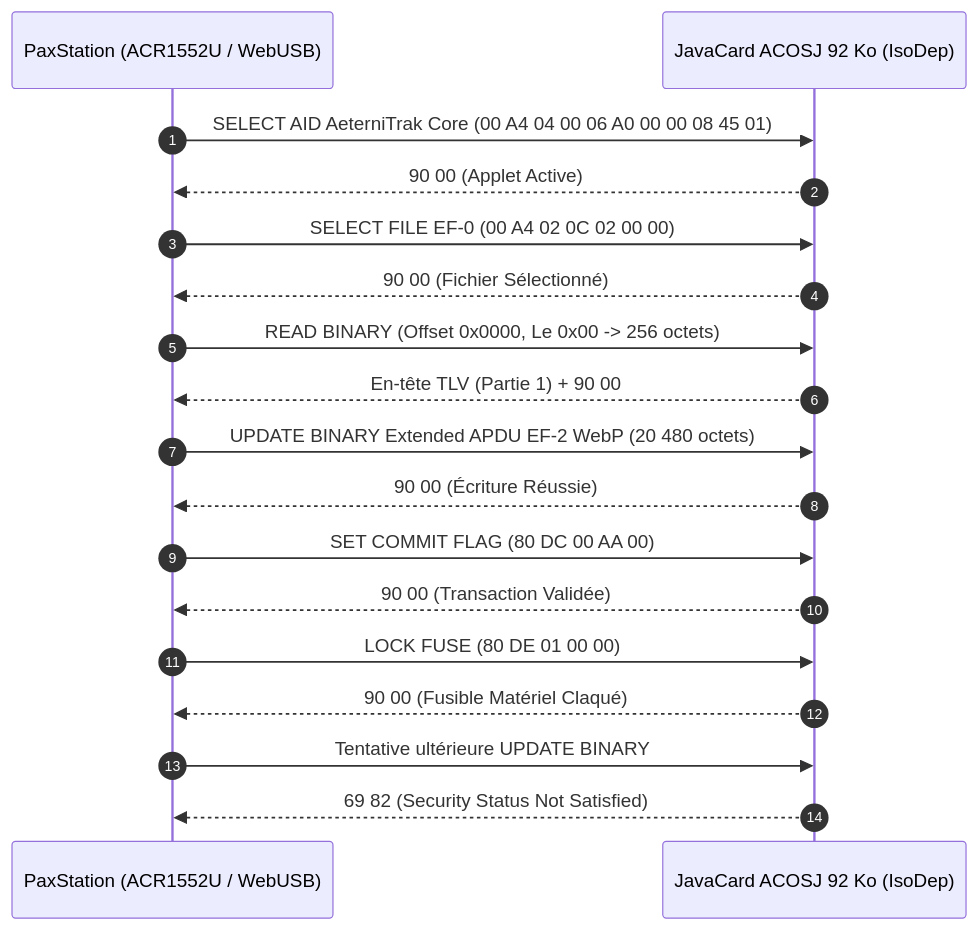
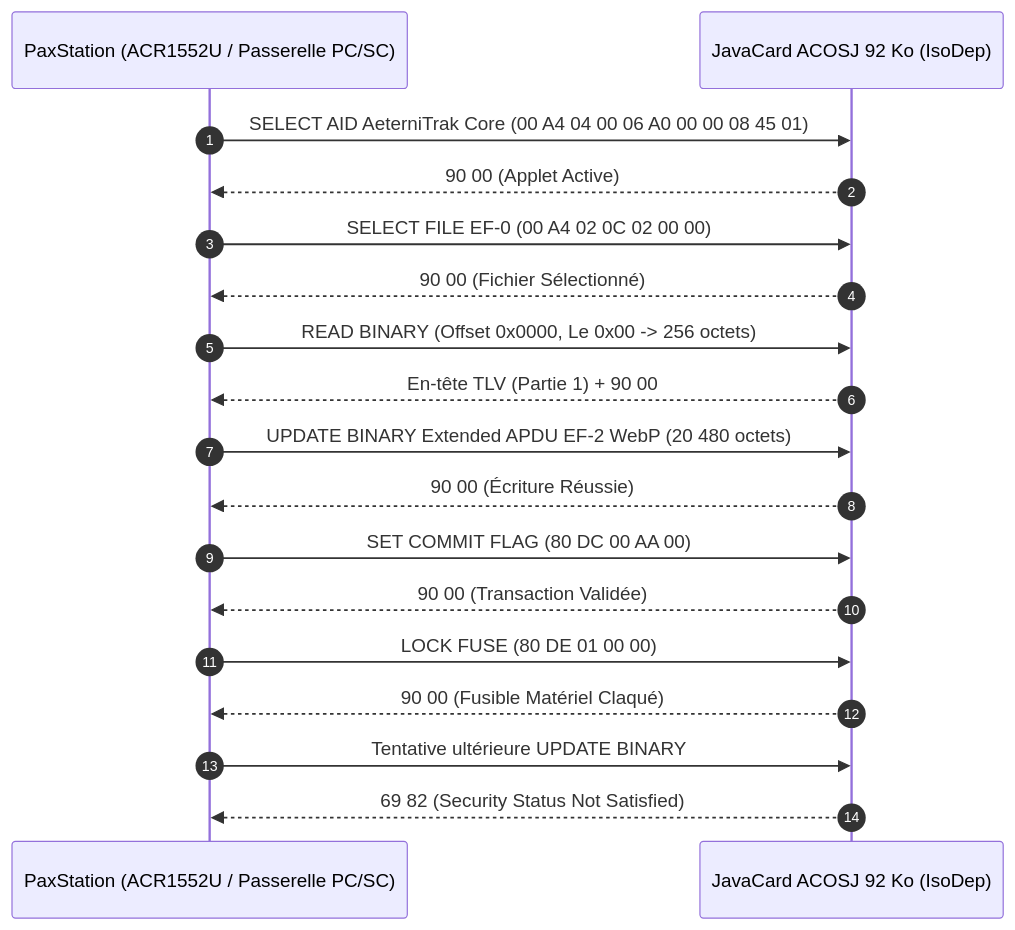
One commit to kurodohenroonsen/AeterniTrak_V1.0 changed the first of 2 diagrams in docs/technical/silicon-storage.md. Above: the diagram before and after it, drawn with Mermaid. The commit also changed other lines of this file and 88 other files, not shown here.

````diff
--- a/docs/technical/silicon-storage.md
+++ b/docs/technical/silicon-storage.md
@@ -101,27 +101,27 @@
 ```mermaid
 sequenceDiagram
     autonumber
-    participant Station as PaxStation (ACR1552U / WebUSB)
+    participant Station as PaxStation (ACR1552U / Passerelle PC/SC)
     participant Chip as JavaCard ACOSJ 92 Ko (IsoDep)
     
     Station->>Chip: SELECT AID AeterniTrak Core (00 A4 04 00 06 A0 00 00 08 45 01)
     Chip-->>Station: 90 00 (Applet Active)
     
     Station->>Chip: SELECT FILE EF-0 (00 A4 02 0C 02 00 00)
     Chip-->>Station: 90 00 (Fichier Sélectionné)
     
     Station->>Chip: READ BINARY (Offset 0x0000, Le 0x00 -> 256 octets)
     Chip-->>Station: En-tête TLV (Partie 1) + 90 00
     
     Station->>Chip: UPDATE BINARY Extended APDU EF-2 WebP (20 480 octets)
     Chip-->>Station: 90 00 (Écriture Réussie)
     
     Station->>Chip: SET COMMIT FLAG (80 DC 00 AA 00)
     Chip-->>Station: 90 00 (Transaction Validée)
     
     Station->>Chip: LOCK FUSE (80 DE 01 00 00)
     Chip-->>Station: 90 00 (Fusible Matériel Claqué)
     
     Station->>Chip: Tentative ultérieure UPDATE BINARY
     Chip-->>Station: 69 82 (Security Status Not Satisfied)
 ```
````
